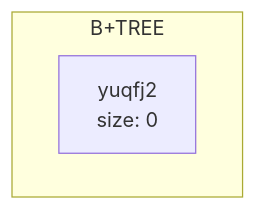
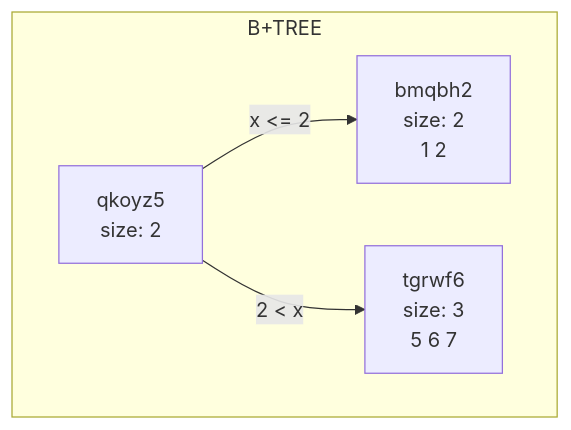
One commit to vasu0403/bpTree changed the first of 2 diagrams in data/chart.md. Above: the diagram before and after it, drawn with Mermaid. The commit also changed other lines of this file and 68 other files, not shown here.

````diff
--- a/data/chart.md
+++ b/data/chart.md
@@ -1,6 +1,10 @@
 ```mermaid
 graph TD
 subgraph B+TREE
-yuqfj2[yuqfj2<br/>size: 0<br/>]
+qkoyz5[qkoyz5<br/>size: 2<br/>]
+bmqbh2[bmqbh2<br/>size: 2<br/>1 2 ]
+qkoyz5-->|x <= 2|bmqbh2
+tgrwf6[tgrwf6<br/>size: 3<br/>5 6 7 ]
+qkoyz5-->|2 < x|tgrwf6
 end
 ```
````
